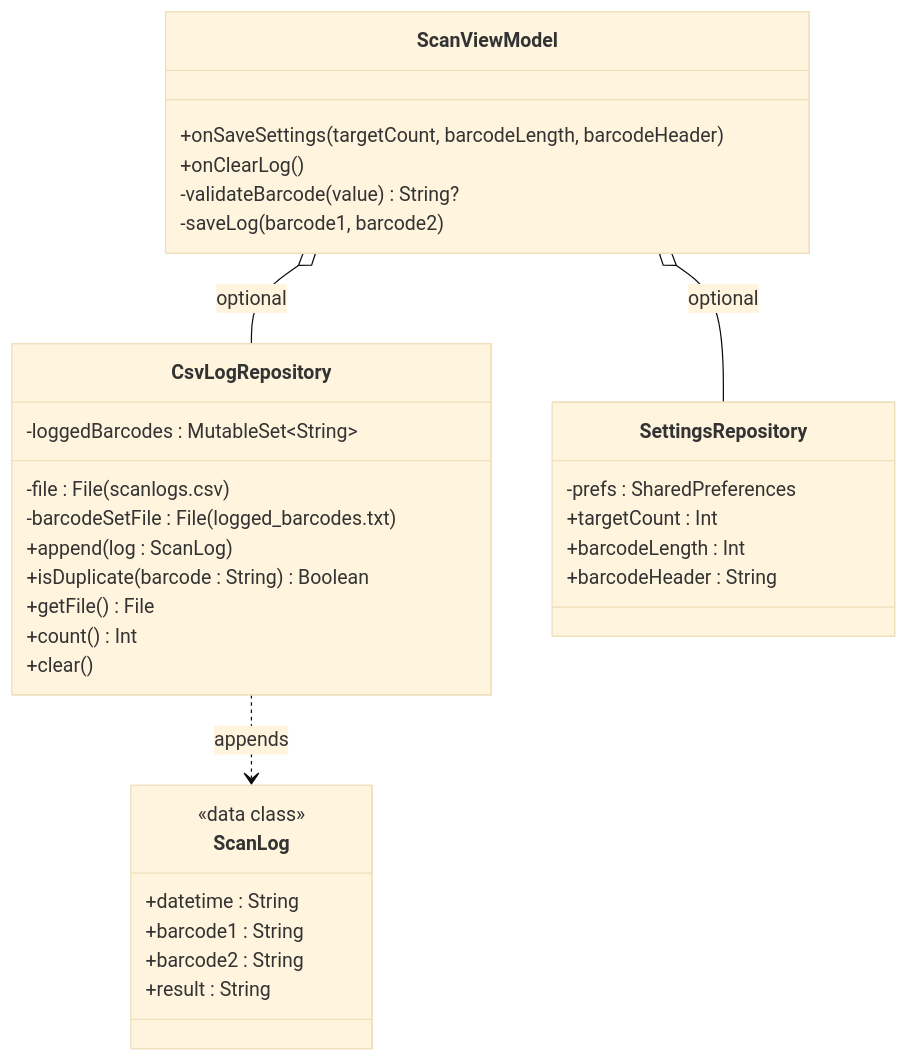
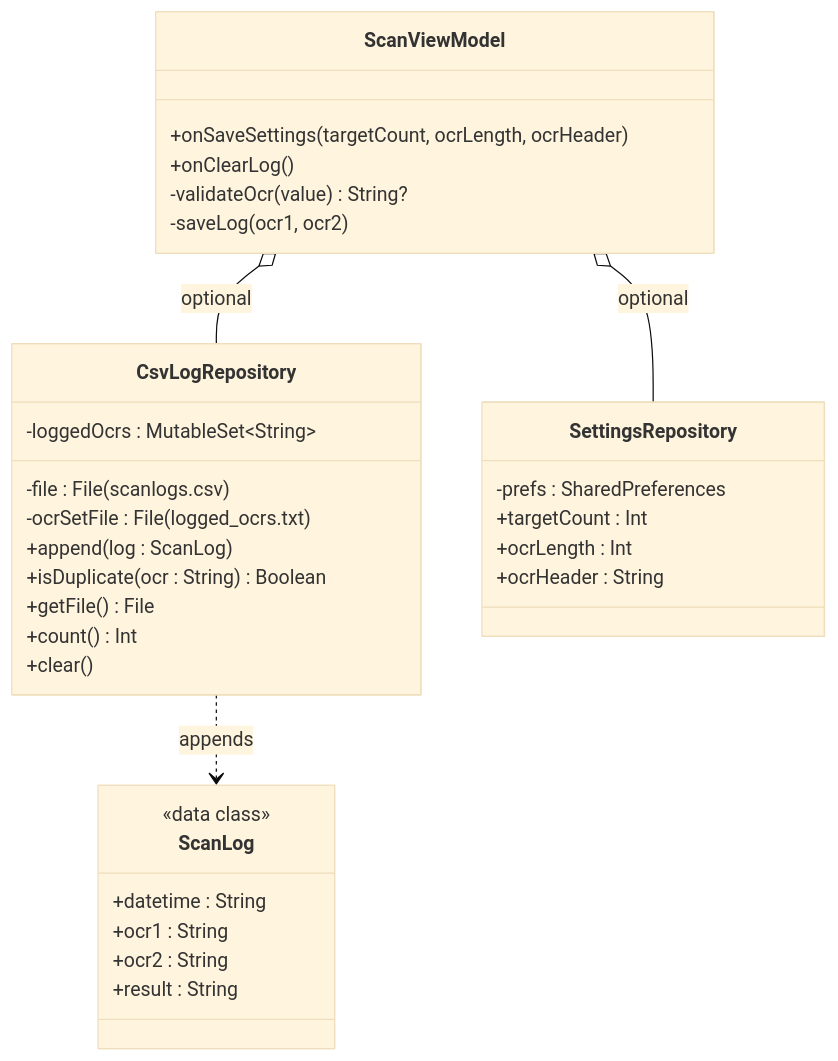
Before and after one commit to garyohosu/ocrreader: the third of 3 diagrams in CLASS.md, drawn with Mermaid (base theme). The commit also changed other lines of this file and 41 other files, not shown here.

Commit message:
feat: convert barcode reader to OCR reader

````diff
--- a/CLASS.md
+++ b/CLASS.md
@@ -294,39 +294,39 @@
 ```mermaid
 classDiagram
     class CsvLogRepository {
         -file : File (scanlogs.csv)
-        -barcodeSetFile : File (logged_barcodes.txt)
-        -loggedBarcodes : MutableSet~String~
+        -ocrSetFile : File (logged_ocrs.txt)
+        -loggedOcrs : MutableSet~String~
         +append(log : ScanLog)
-        +isDuplicate(barcode : String) Boolean
+        +isDuplicate(ocr : String) Boolean
         +getFile() File
         +count() Int
         +clear()
     }
 
     class SettingsRepository {
         -prefs : SharedPreferences
         +targetCount : Int
-        +barcodeLength : Int
-        +barcodeHeader : String
+        +ocrLength : Int
+        +ocrHeader : String
     }
 
     class ScanLog {
         <<data class>>
         +datetime : String
-        +barcode1 : String
-        +barcode2 : String
+        +ocr1 : String
+        +ocr2 : String
         +result : String
     }
 
     class ScanViewModel {
-        +onSaveSettings(targetCount, barcodeLength, barcodeHeader)
+        +onSaveSettings(targetCount, ocrLength, ocrHeader)
         +onClearLog()
-        -validateBarcode(value) String?
-        -saveLog(barcode1, barcode2)
+        -validateOcr(value) String?
+        -saveLog(ocr1, ocr2)
     }
 
     ScanViewModel o-- CsvLogRepository : optional
     ScanViewModel o-- SettingsRepository : optional
     CsvLogRepository ..> ScanLog : appends
 ```
````
